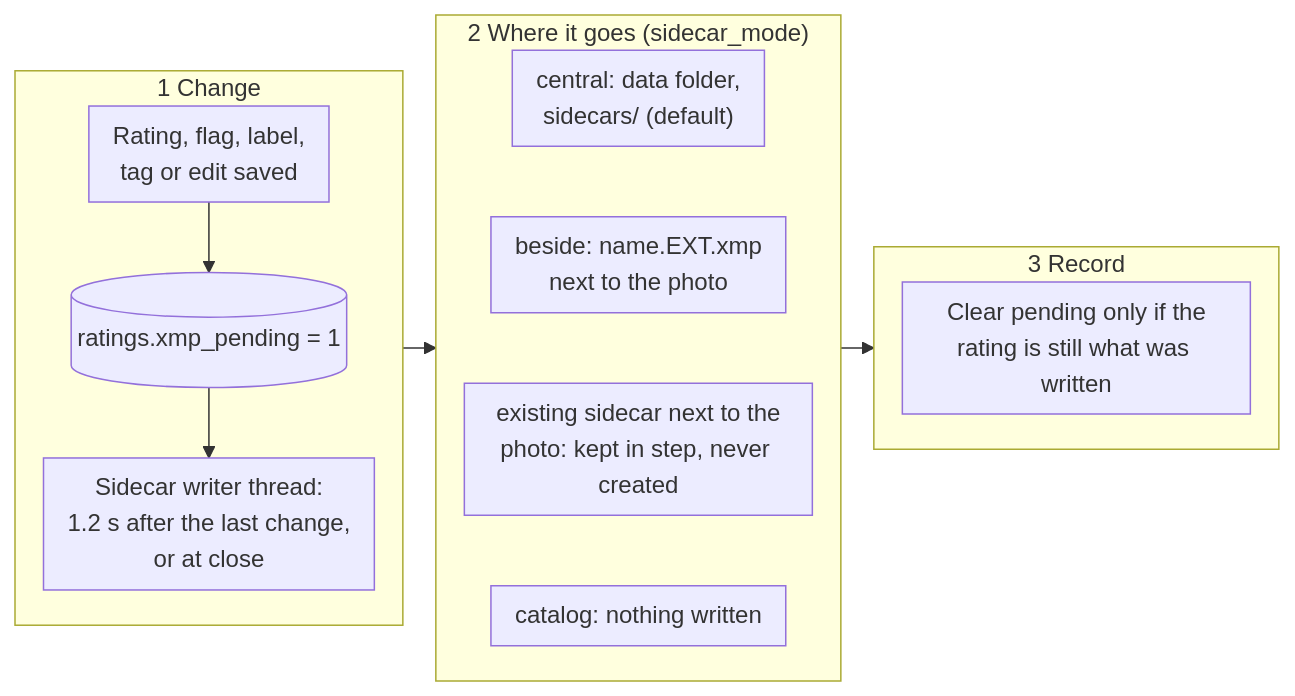
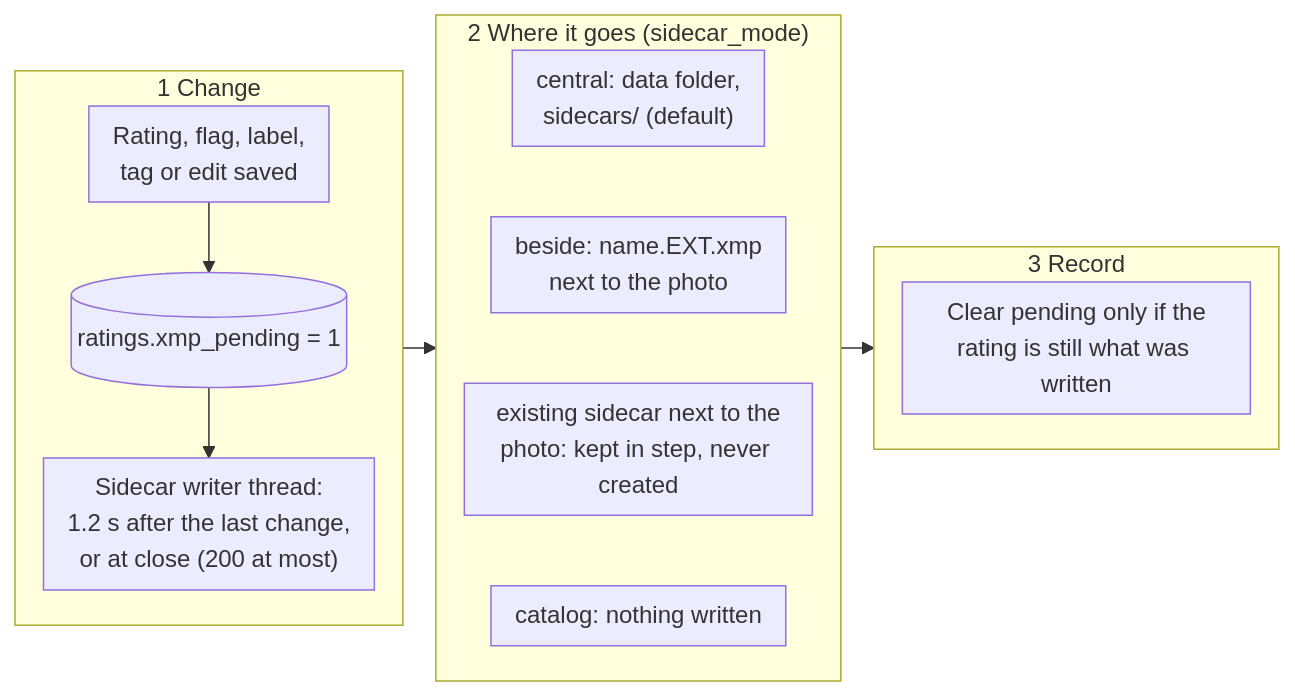
One commit to AxialForge/Lunelis changed the sixth of 14 diagrams in docs/src/dataflow-lunelis.md. Above: the diagram before and after it, drawn with Mermaid. The commit also changed other lines of this file and 9 other files, not shown here.

Commit message:
Add engine, data-flow and audit pilot documents; kit fixes for table widths

````diff
--- a/docs/src/dataflow-lunelis.md
+++ b/docs/src/dataflow-lunelis.md
@@ -190,17 +190,17 @@
 ```mermaid Sidecar export. One setting picks where the file goes, and an existing sidecar can be kept in step as well.
 %%{init: {"flowchart": {"rankSpacing": 22, "nodeSpacing": 18, "padding": 8}}}%%
 flowchart LR
   subgraph c1["1 Change"]
     direction TB
-    A["Rating, flag, label,<br/>tag or edit saved"] --> B[("ratings.xmp_pending = 1")] --> C["Sidecar writer thread:<br/>1.2 s after the last change,<br/>or at close"]
+    A["Rating, flag, label,<br/>tag or edit saved"] --> B[("ratings.xmp_pending = 1")] --> C["Sidecar writer thread:<br/>1.2 s after the last change,<br/>or at close (200 at most)"]
   end
   subgraph c2["2 Where it goes (sidecar_mode)"]
     direction TB
     E["central: data folder,<br/>sidecars/ (default)"] ~~~ F["beside: name.EXT.xmp<br/>next to the photo"] ~~~ H["existing sidecar next to the<br/>photo: kept in step, never created"] ~~~ G["catalog: nothing written"]
   end
   subgraph c3["3 Record"]
     direction TB
     I["Clear pending only if the<br/>rating is still what was written"]
   end
   c1 --> c2 --> c3
 ```
````
